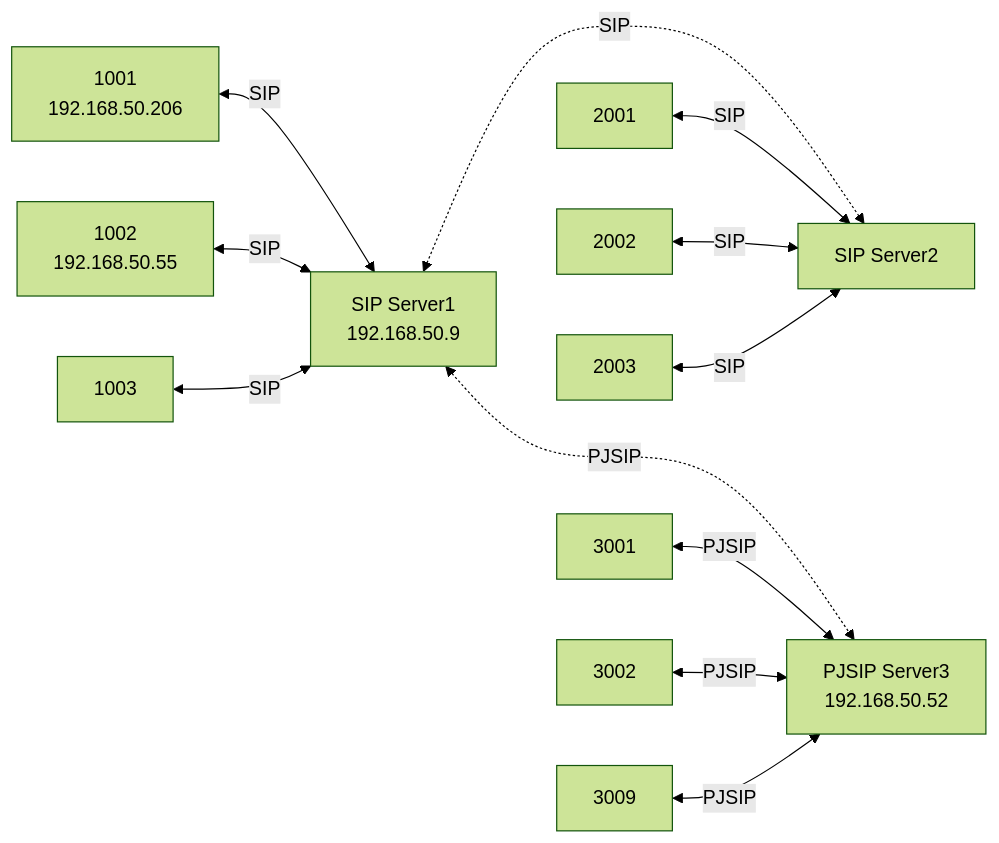
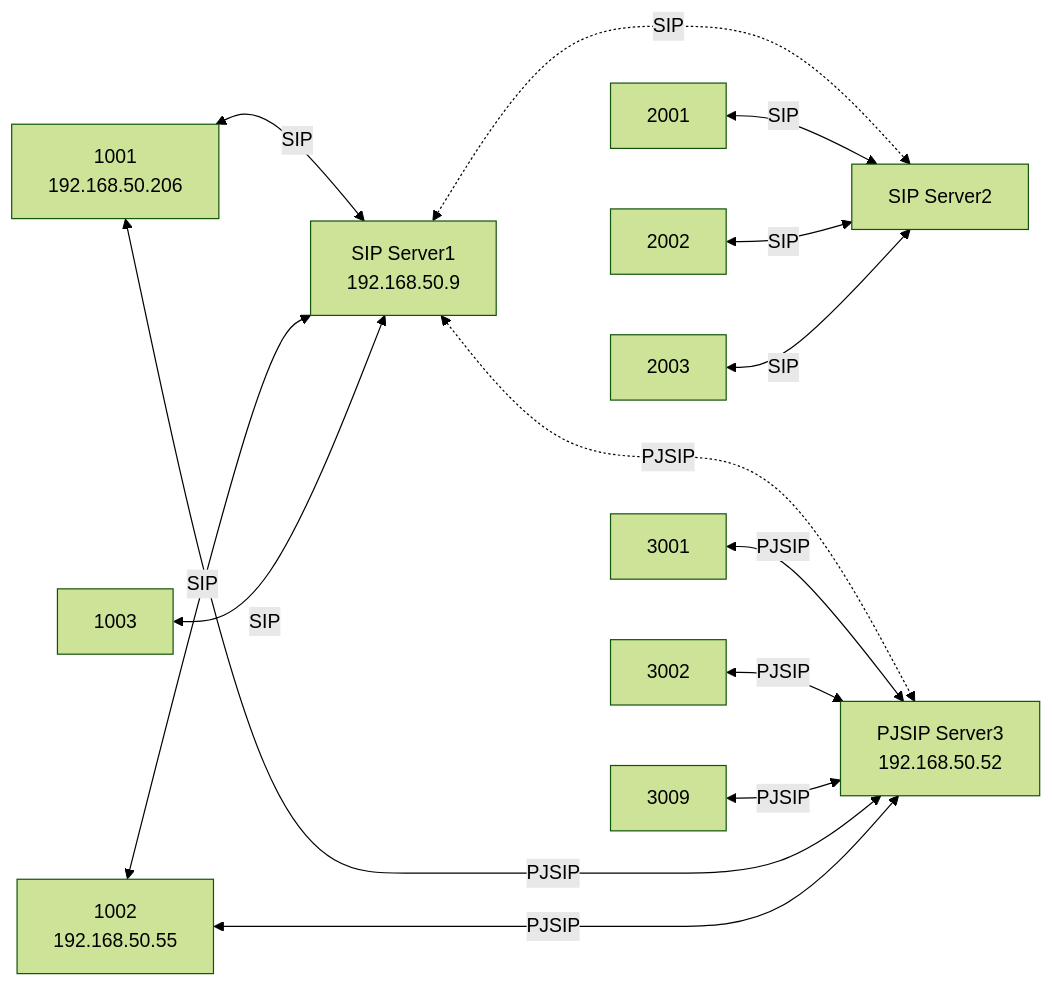
Before and after one commit to lankahsu520/HelperX: the seventh of 9 diagrams in helper_SIPandAsterisk.md, drawn with Mermaid (forest theme). The commit also changed other lines of this file, not shown here.

Commit message:
update helper_SIPandAsterisk.md, pjsip\*2 - Only SIP Server 1 and 3 (bridge mode)

````diff
--- a/helper_SIPandAsterisk.md
+++ b/helper_SIPandAsterisk.md
@@ -471,30 +471,33 @@
 ```mermaid
 flowchart LR
 	SIP1[SIP Server1<br>192.168.50.9]
 	SIP2[SIP Server2]
 	SIP3[PJSIP Server3<br>192.168.50.52]
 
 	SIP1 <-..-> |SIP|SIP2
 	SIP1 <-..-> |PJSIP|SIP3
 	
 	1001[1001<br>192.168.50.206]
 	1002[1002<br>192.168.50.55]
 	1003[1003]
   1001 <--> |SIP|SIP1
 	1002 <--> |SIP|SIP1
 	1003 <--> |SIP|SIP1
 
 	2001[2001]
 	2002[2002]
 	2003[2003]
   2001 <--> |SIP|SIP2
 	2002 <--> |SIP|SIP2
 	2003 <--> |SIP|SIP2
 
 	3001[3001]
 	3002[3002]
 	3009[3009]
   3001 <--> |PJSIP|SIP3
 	3002 <--> |PJSIP|SIP3
 	3009 <--> |PJSIP|SIP3
+	
+	1001 <--> |PJSIP|SIP3
+	1002 <--> |PJSIP|SIP3
 ```
````
